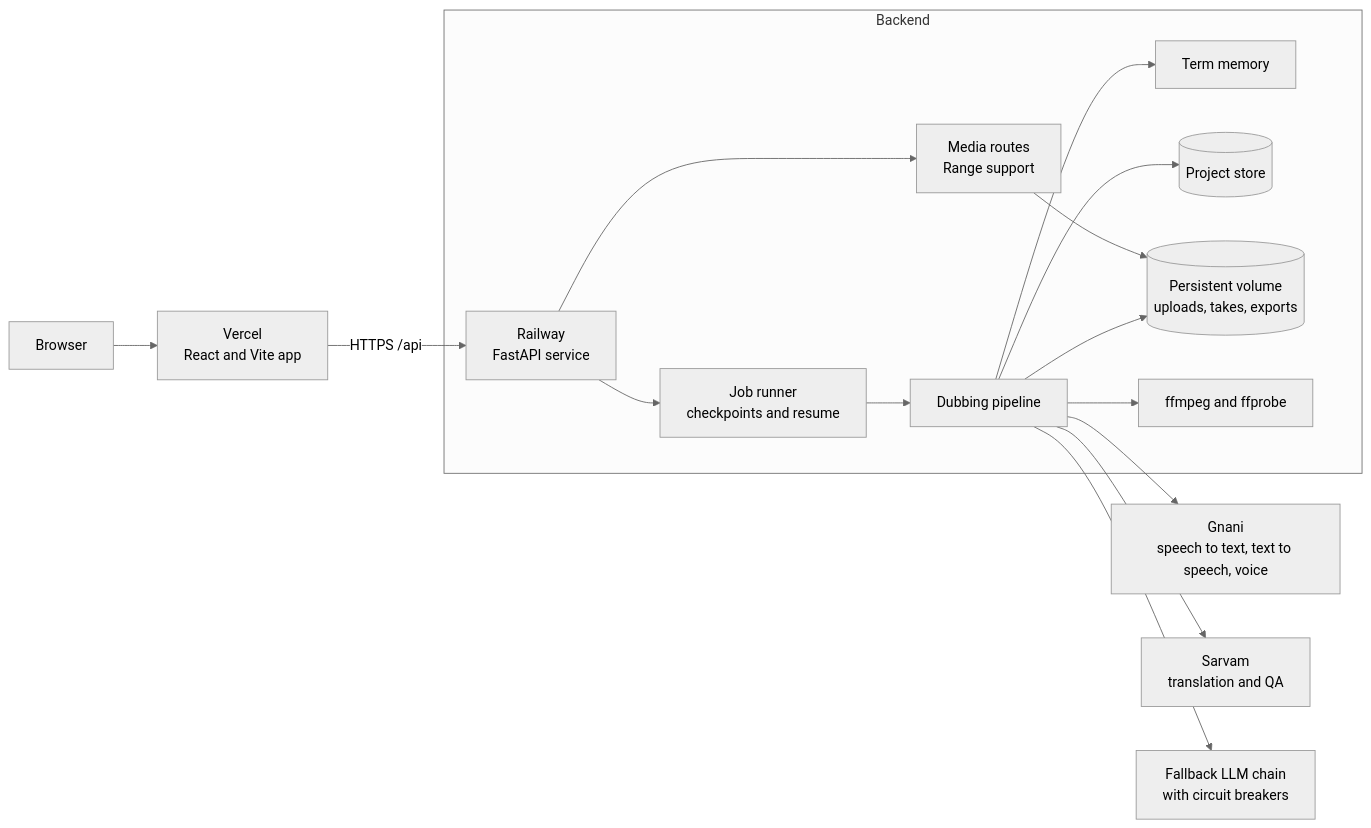
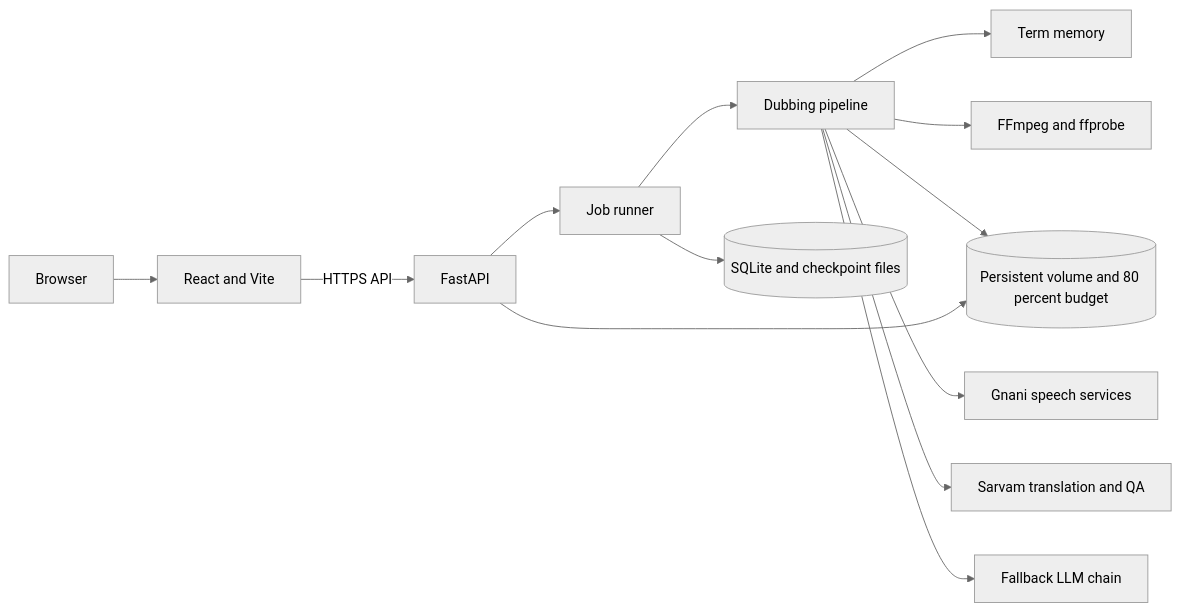
The second of 5 diagrams in README.md (Aarti-panchal01/anek), drawn with Mermaid (neutral theme) before and after one commit. The commit also changed other lines of this file and 1 other file, not shown here.

````diff
--- a/README.md
+++ b/README.md
@@ -102,20 +85,15 @@
 ```mermaid
 flowchart LR
-    U[Browser] --> V[Vercel<br/>React and Vite app]
-    V -- "HTTPS /api" --> R[Railway<br/>FastAPI service]
-
-    subgraph Backend
-        R --> J[Job runner<br/>checkpoints and resume]
-        J --> P[Dubbing pipeline]
-        R --> M[Media routes<br/>Range support]
-        P --> T[Term memory]
-        P --> C[(Project store)]
-        P --> S[(Persistent volume<br/>uploads, takes, exports)]
-        P --> F[ffmpeg and ffprobe]
-        M --> S
-    end
-
-    P --> G[Gnani<br/>speech to text, text to speech, voice]
-    P --> SV[Sarvam<br/>translation and QA]
-    P --> L[Fallback LLM chain<br/>with circuit breakers]
+    Browser --> Vercel[React and Vite]
+    Vercel -->|HTTPS API| FastAPI
+    FastAPI --> Jobs[Job runner]
+    Jobs --> Pipeline[Dubbing pipeline]
+    Jobs --> Checkpoints[(SQLite and checkpoint files)]
+    Pipeline --> Terms[Term memory]
+    Pipeline --> Media[FFmpeg and ffprobe]
+    Pipeline --> Storage[(Persistent volume and 80 percent budget)]
+    FastAPI --> Storage
+    Pipeline --> Gnani[Gnani speech services]
+    Pipeline --> Sarvam[Sarvam translation and QA]
+    Pipeline --> Fallback[Fallback LLM chain]
 ```
````
